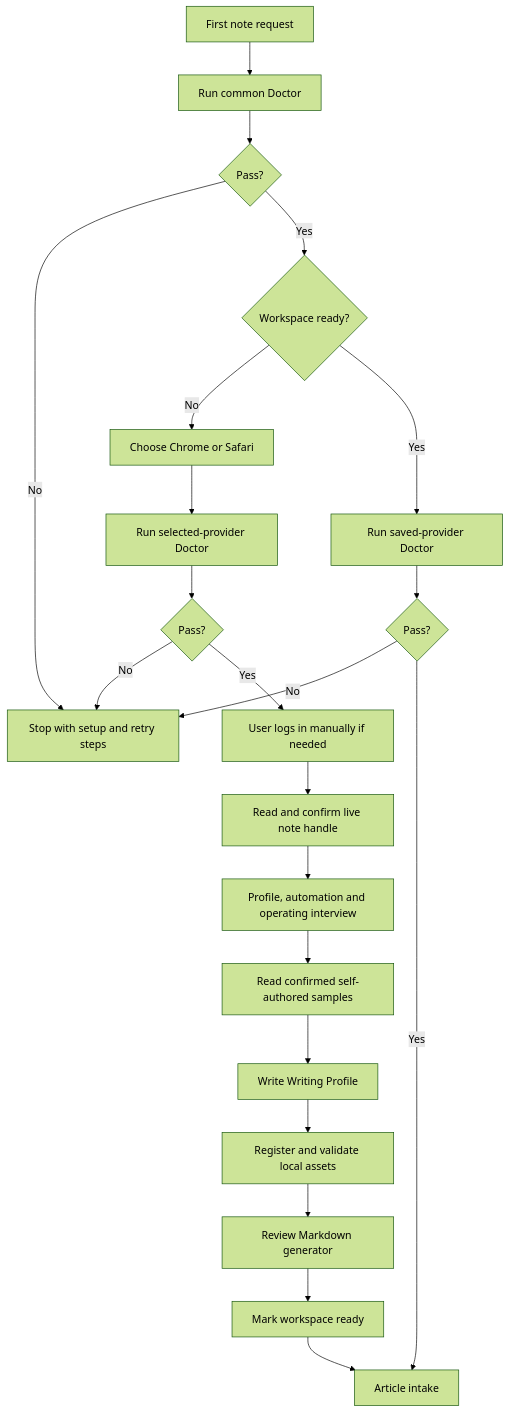
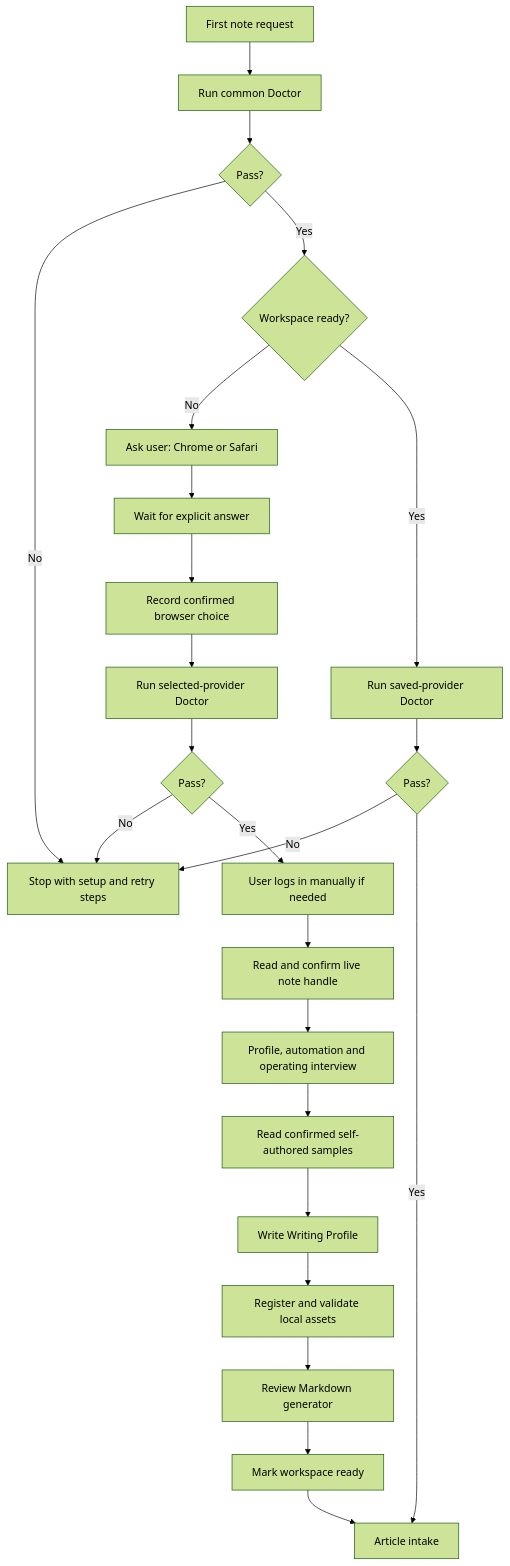
Before and after one commit to Azamarusuisan/AZMAEUni: the first of 3 diagrams in references/workflows.md, drawn with Mermaid (forest theme). The commit also changed other lines of this file and 11 other files, not shown here.

Commit message:
Require explicit browser selection during onboarding

````diff
--- a/references/workflows.md
+++ b/references/workflows.md
@@ -19,24 +19,26 @@
 ```mermaid
 flowchart TD
   A[First note request] --> C[Run common Doctor]
   C --> P{Pass?}
   P -->|No| X[Stop with setup and retry steps]
   P -->|Yes| S{Workspace ready?}
-  S -->|No| B[Choose Chrome or Safari]
-  B --> D[Run selected-provider Doctor]
+  S -->|No| B[Ask user: Chrome or Safari]
+  B --> C2[Wait for explicit answer]
+  C2 --> R[Record confirmed browser choice]
+  R --> D[Run selected-provider Doctor]
   D --> Q{Pass?}
   Q -->|No| X
   Q -->|Yes| E[User logs in manually if needed]
   E --> F[Read and confirm live note handle]
   F --> G[Profile, automation and operating interview]
   G --> H[Read confirmed self-authored samples]
   H --> I[Write Writing Profile]
   I --> J[Register and validate local assets]
   J --> K[Review Markdown generator]
   K --> L[Mark workspace ready]
   S -->|Yes| M[Run saved-provider Doctor]
   M --> N{Pass?}
   N -->|No| X
   N -->|Yes| O[Article intake]
   L --> O
 ```
````
